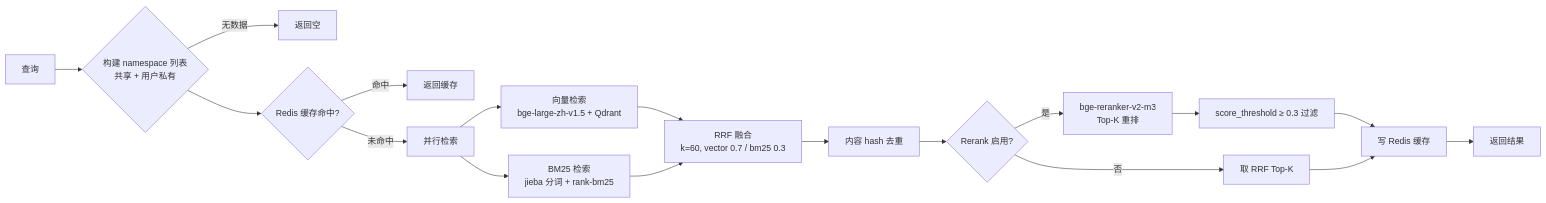
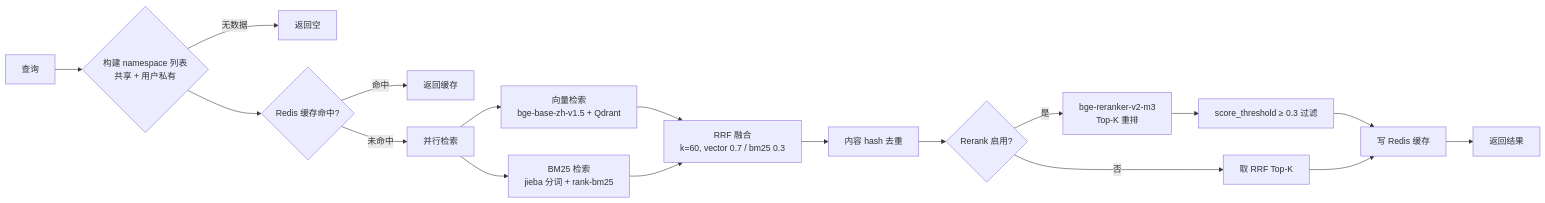
The fourth of 8 diagrams in docs/architecture.md (AgentInsight/agentinsight-researcher), drawn with Mermaid before and after one commit. The commit also changed other lines of this file and 55 other files, not shown here.

````diff
--- a/docs/architecture.md
+++ b/docs/architecture.md
@@ -178,20 +178,20 @@
 ```mermaid
 flowchart LR
     Q[查询] --> NS{构建 namespace 列表<br/>共享 + 用户私有}
     NS -->|无数据| EMPTY[返回空]
     NS --> CACHE{Redis 缓存命中?}
     CACHE -->|命中| RET[返回缓存]
     CACHE -->|未命中| PARA[并行检索]
-    PARA --> V[向量检索<br/>bge-large-zh-v1.5 + Qdrant]
+    PARA --> V[向量检索<br/>bge-base-zh-v1.5 + Qdrant]
     PARA --> B[BM25 检索<br/>jieba 分词 + rank-bm25]
     V --> RRF[RRF 融合<br/>k=60, vector 0.7 / bm25 0.3]
     B --> RRF
     RRF --> DEDUP[内容 hash 去重]
     DEDUP --> RR{Rerank 启用?}
     RR -->|是| RN[bge-reranker-v2-m3<br/>Top-K 重排]
     RR -->|否| TOP[取 RRF Top-K]
     RN --> TH[score_threshold ≥ 0.3 过滤]
     TH --> W[写 Redis 缓存]
     TOP --> W
     W --> OUT[返回结果]
 ```
````
